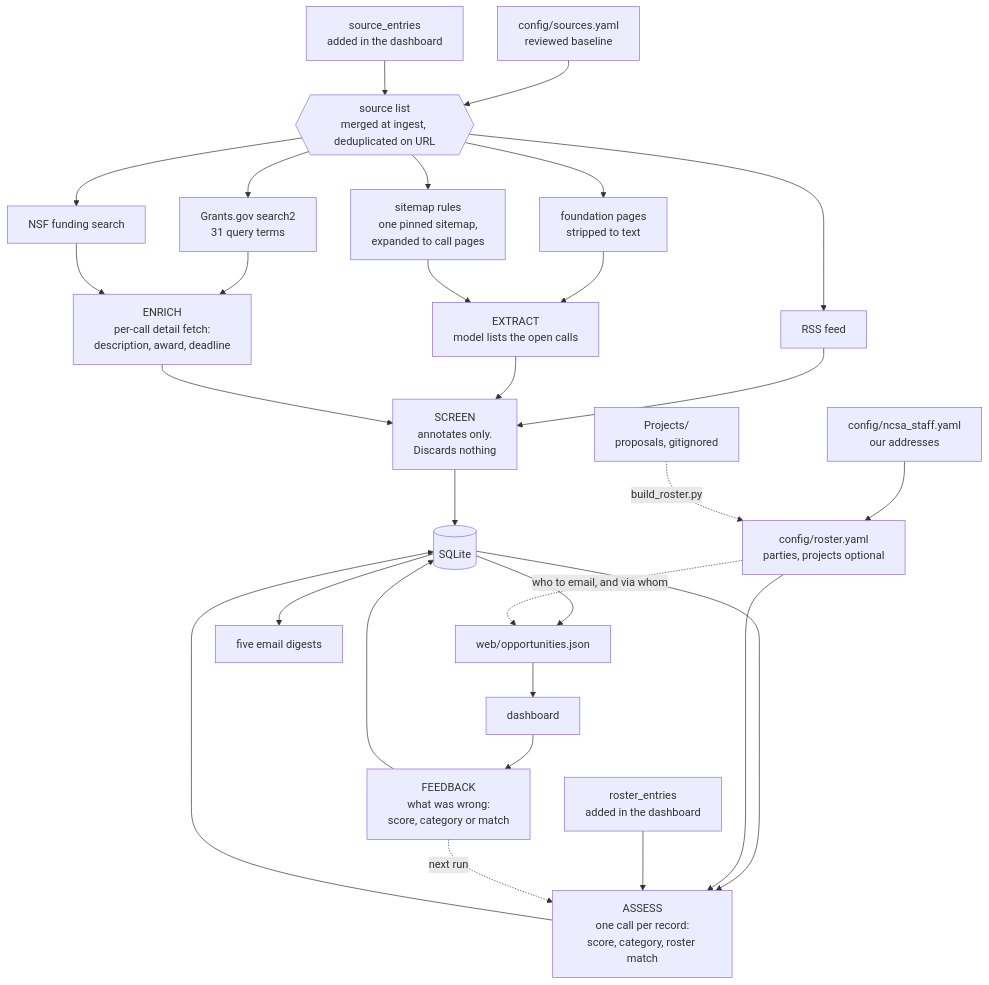
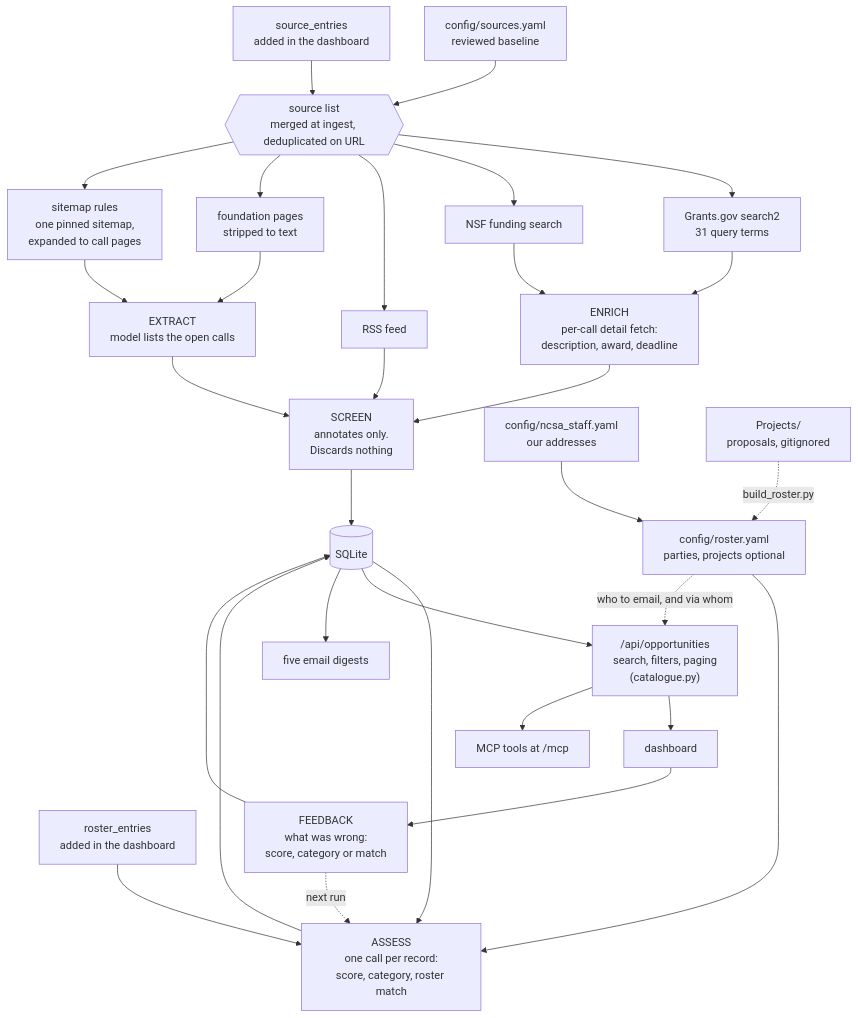
Before and after one commit to ncsa/grant-sift: the first of 3 diagrams in README.md, drawn with Mermaid. The commit also changed other lines of this file and 9 other files, not shown here.

First line of the commit message:
Serve the catalogue from the backend; make every MCP tool a REST call

````diff
--- a/README.md
+++ b/README.md
@@ -67,31 +67,32 @@
 ```mermaid
 flowchart TD
     SRC["config/sources.yaml<br/>reviewed baseline"] --> SL
     SRC2["source_entries<br/>added in the dashboard"] --> SL
     SL{{"source list<br/>merged at ingest, deduplicated on URL"}}
     SL --> A1
     SL --> A2
     SL --> A3
     SL --> A4
     SL --> A5
     A1["Grants.gov search2<br/>31 query terms"] --> E
     A2["NSF funding search"] --> E
     A3["RSS feed"] --> SC
     A4["foundation pages<br/>stripped to text"] --> X
     A5["sitemap rules<br/>one pinned sitemap,<br/>expanded to call pages"] --> X
     X["EXTRACT<br/>model lists the open calls"] --> SC
     E["ENRICH<br/>per-call detail fetch:<br/>description, award, deadline"] --> SC
     SC["SCREEN<br/>annotates only.<br/>Discards nothing"] --> S[("SQLite")]
     S --> AS["ASSESS<br/>one call per record:<br/>score, category, roster match"]
     R1["config/roster.yaml<br/>parties, projects optional"] --> AS
     R2["roster_entries<br/>added in the dashboard"] --> AS
     R3["config/ncsa_staff.yaml<br/>our addresses"] --> R1
     P["Projects/<br/>proposals, gitignored"] -.->|"build_roster.py"| R1
     AS --> S
-    S --> J["web/opportunities.json"] --> D["dashboard"]
+    S --> J["/api/opportunities<br/>search, filters, paging<br/>(catalogue.py)"] --> D["dashboard"]
+    J --> M["MCP tools at /mcp"]
     R1 -.->|"who to email, and via whom"| J
     S --> G["five email digests"]
     D --> F["FEEDBACK<br/>what was wrong:<br/>score, category or match"]
     F --> S
     F -.->|"next run"| AS
 ```
````
